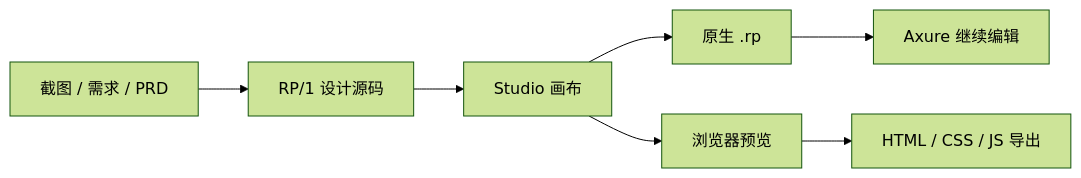
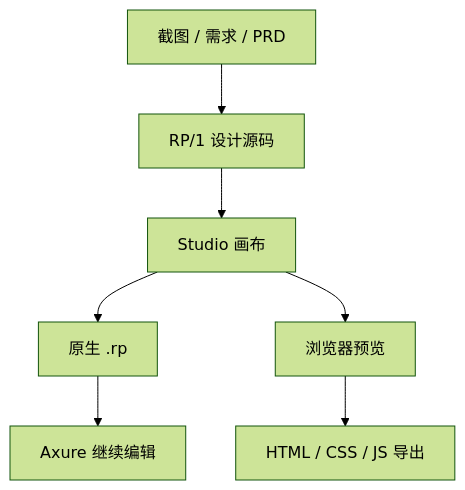
One commit to july7787/AxurePR-return-rp-9-11 changed the diagram in README.md. Above: the diagram before and after it, drawn with Mermaid (forest theme). The commit also changed 1 other file, not shown here.

Commit message:
docs: render workflow diagram vertically to avoid overlay controls

````diff
--- a/README.md
+++ b/README.md
@@ -50,9 +50,9 @@
 ```mermaid
-flowchart LR
+flowchart TD
   A["截图 / 需求 / PRD"] --> B["RP/1 设计源码"]
   B --> C["Studio 画布"]
   C --> D["原生 .rp"]
   C --> E["浏览器预览"]
   D --> F["Axure 继续编辑"]
   E --> G["HTML / CSS / JS 导出"]
 ```
````
